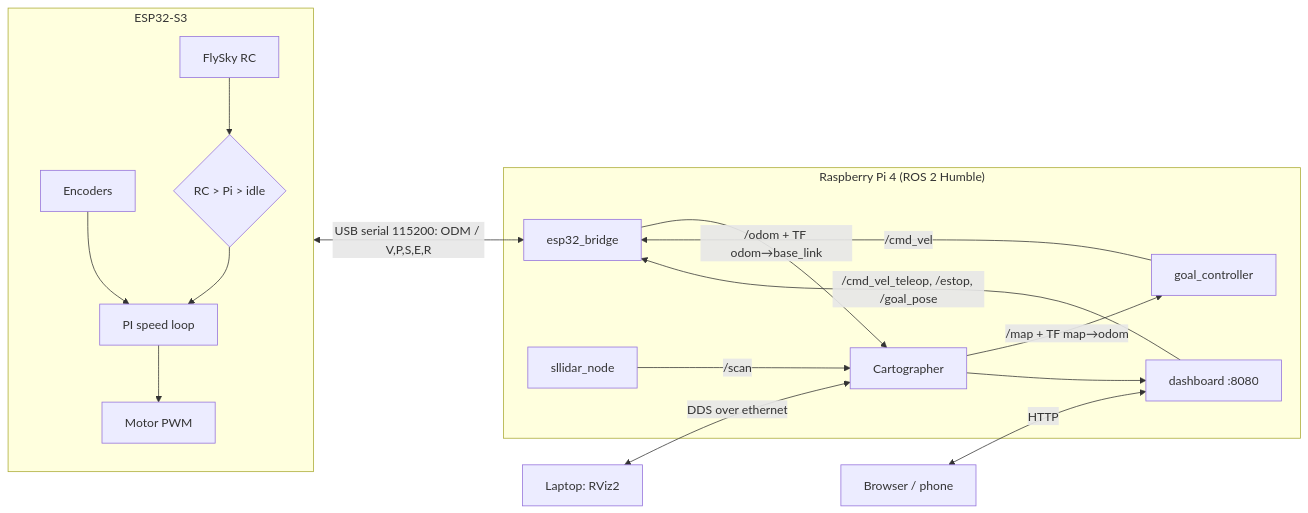
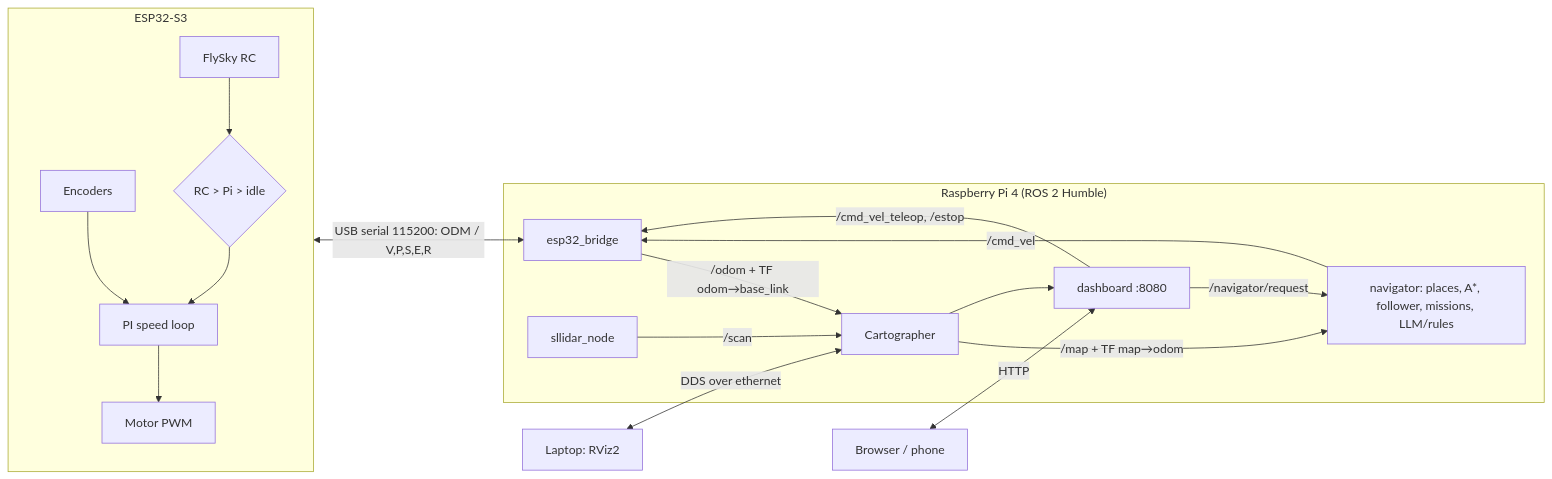
Before and after one commit to ArpitAwasthi2411/slam-robot: the diagram in README.md, drawn with Mermaid. The commit also changed other lines of this file and 24 other files, not shown here.

First line of the commit message:
Navigator v0.3: places, A* routes, missions, NL commands, localization

````diff
--- a/README.md
+++ b/README.md
@@ -21,19 +22,20 @@
 ```mermaid
 flowchart LR
   subgraph ESP32-S3
     RC[FlySky RC] --> ARB{RC > Pi > idle}
     ENC[Encoders] --> PI[PI speed loop]
     ARB --> PI --> MOT[Motor PWM]
   end
   subgraph "Raspberry Pi 4 (ROS 2 Humble)"
     BR[esp32_bridge] -->|/odom + TF odom→base_link| CART[Cartographer]
     LID[sllidar_node] -->|/scan| CART
-    CART -->|/map + TF map→odom| GC[goal_controller]
+    CART -->|/map + TF map→odom| NAV[navigator: places, A*, follower, missions, LLM/rules]
     CART --> DB[dashboard :8080]
-    GC -->|/cmd_vel| BR
-    DB -->|/cmd_vel_teleop, /estop, /goal_pose| BR
+    NAV -->|/cmd_vel| BR
+    DB -->|/navigator/request| NAV
+    DB -->|/cmd_vel_teleop, /estop| BR
   end
   ESP32-S3 <-->|USB serial 115200: ODM / V,P,S,E,R| BR
   LAP[Laptop: RViz2] <-->|DDS over ethernet| CART
   PHONE[Browser / phone] <-->|HTTP| DB
 ```
````
